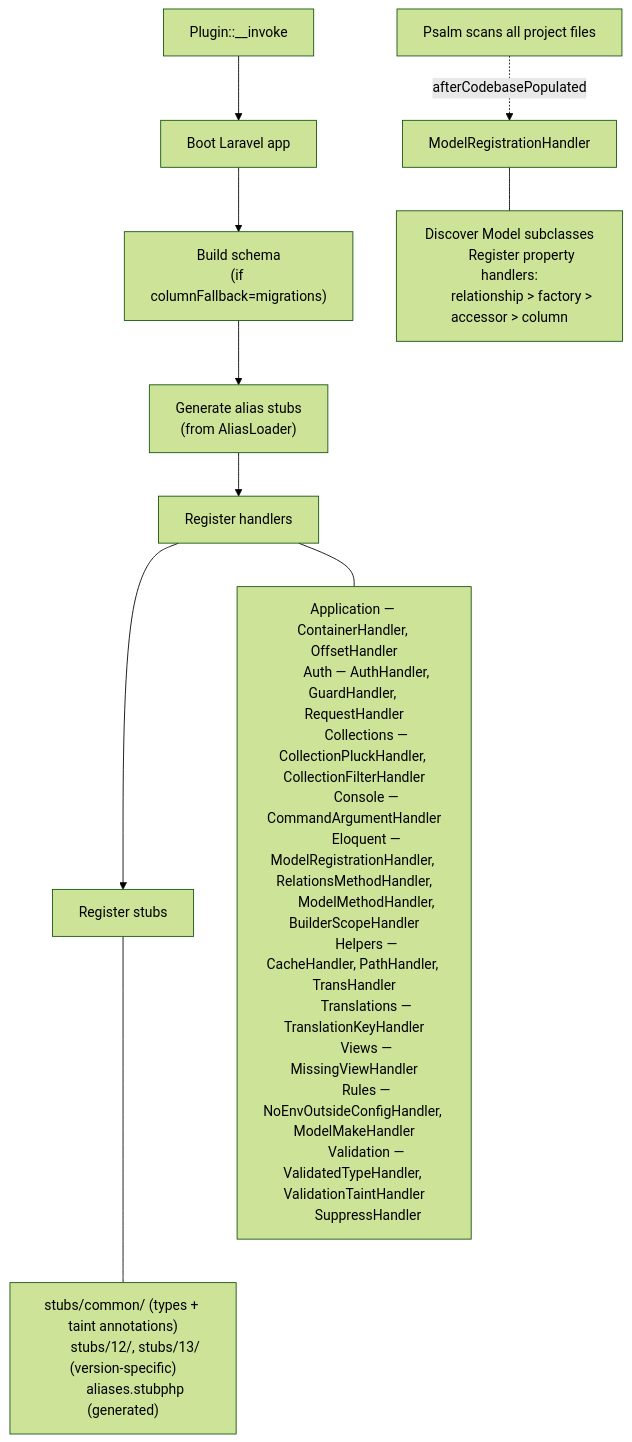
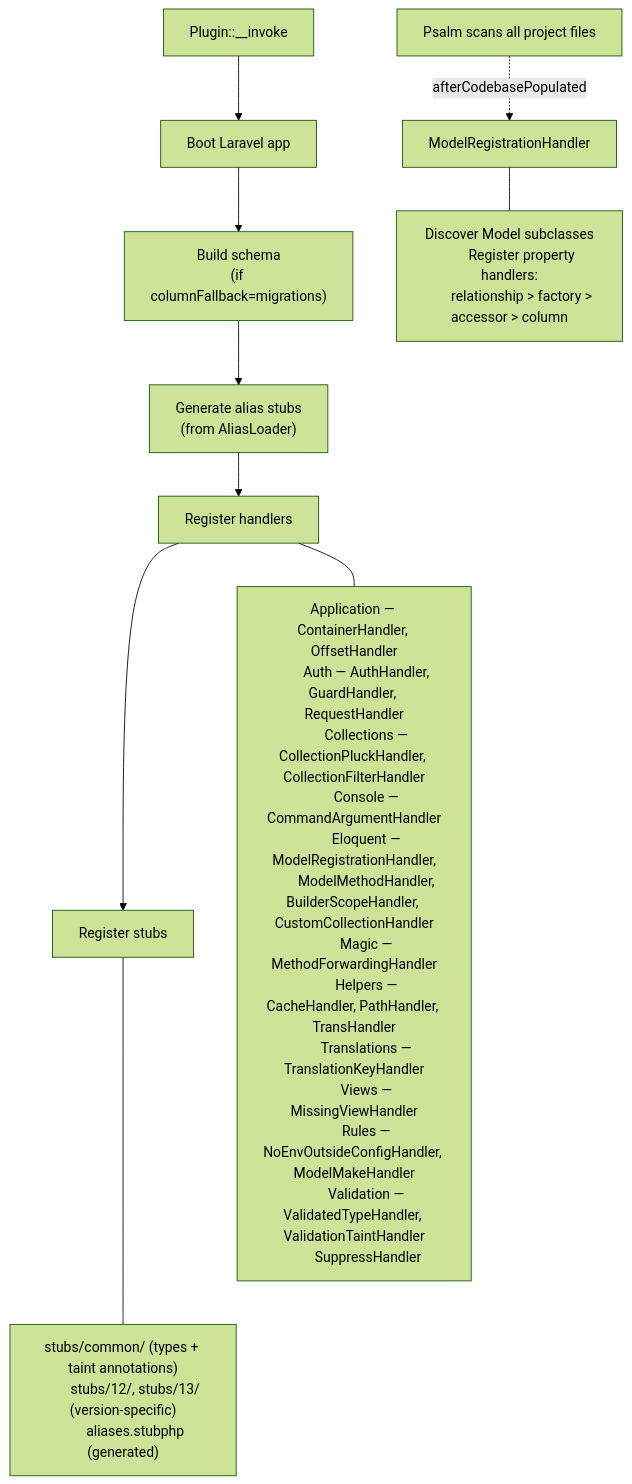
The first of 2 diagrams in docs/contributing/README.md (psalm/psalm-plugin-laravel), drawn with Mermaid (forest theme) before and after one commit. The commit also changed other lines of this file and 10 other files, not shown here.

````diff
--- a/docs/contributing/README.md
+++ b/docs/contributing/README.md
@@ -19,36 +19,37 @@
 ```mermaid
 flowchart TD
     A["Plugin::__invoke"] --> B["Boot Laravel app"]
     B --> C["Build schema\n(if columnFallback=migrations)"]
     C --> D["Generate alias stubs\n(from AliasLoader)"]
     D --> E["Register handlers"]
     E --> F["Register stubs"]
 
     E --- handlers["
         Application — ContainerHandler, OffsetHandler
         Auth — AuthHandler, GuardHandler, RequestHandler
         Collections — CollectionPluckHandler, CollectionFilterHandler
         Console — CommandArgumentHandler
-        Eloquent — ModelRegistrationHandler, RelationsMethodHandler,
-        ModelMethodHandler, BuilderScopeHandler
+        Eloquent — ModelRegistrationHandler,
+        ModelMethodHandler, BuilderScopeHandler, CustomCollectionHandler
+        Magic — MethodForwardingHandler
         Helpers — CacheHandler, PathHandler, TransHandler
         Translations — TranslationKeyHandler
         Views — MissingViewHandler
         Rules — NoEnvOutsideConfigHandler, ModelMakeHandler
         Validation — ValidatedTypeHandler, ValidationTaintHandler
         SuppressHandler
     "]
 
     F --- stubs["
         stubs/common/ (types + taint annotations)
         stubs/12/, stubs/13/ (version-specific)
         aliases.stubphp (generated)
     "]
 
     G["Psalm scans all project files"] -.->|afterCodebasePopulated| H["ModelRegistrationHandler"]
     H --- models["
         Discover Model subclasses
         Register property handlers:
         relationship > factory > accessor > column
     "]
 ```
````
